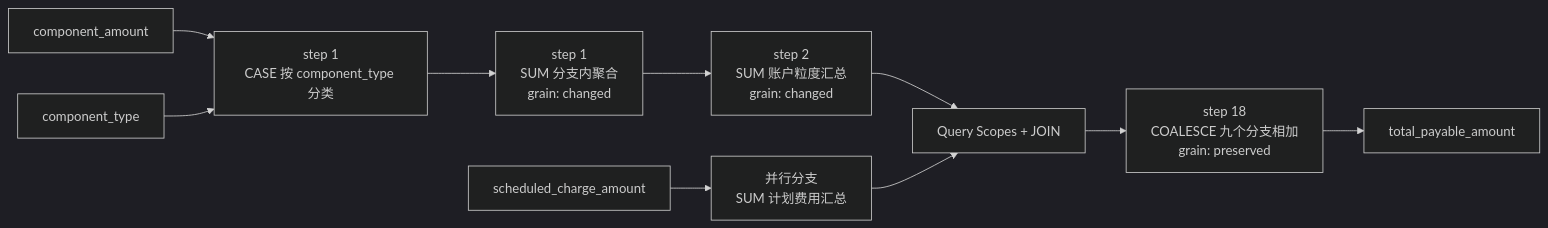
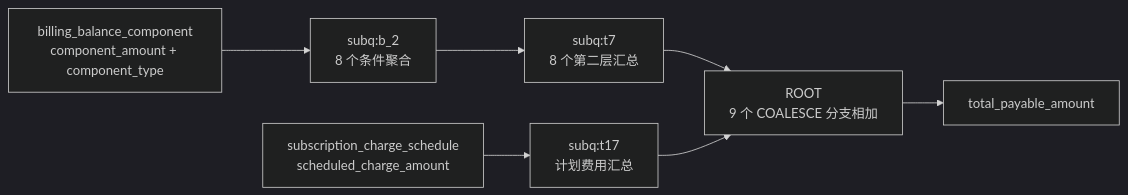
The fourth of 6 diagrams in docs/zh-CN/value-and-use-cases.md (realyin/scope-lineage), drawn with Mermaid (dark theme) before and after one commit. The commit also changed other lines of this file, not shown here.

````diff
--- a/docs/zh-CN/value-and-use-cases.md
+++ b/docs/zh-CN/value-and-use-cases.md
@@ -227,14 +260,9 @@
 ```mermaid
 flowchart LR
-    A["component_amount"] --> C["step 1<br/>CASE 按 component_type 分类"]
-    B["component_type"] --> C
-    C --> D["step 1<br/>SUM 分支内聚合<br/>grain: changed"]
-    D --> E["step 2<br/>SUM 账户粒度汇总<br/>grain: changed"]
-
-    F["scheduled_charge_amount"] --> G["并行分支<br/>SUM 计划费用汇总"]
-
-    E --> H["Query Scopes + JOIN"]
-    G --> H
-    H --> I["step 18<br/>COALESCE 九个分支相加<br/>grain: preserved"]
-    I --> J["total_payable_amount"]
+    A["billing_balance_component<br/>component_amount + component_type"] --> B["subq:b_2<br/>8 个条件聚合"]
+    B --> C["subq:t7<br/>8 个第二层汇总"]
+    D["subscription_charge_schedule<br/>scheduled_charge_amount"] --> E["subq:t17<br/>计划费用汇总"]
+    C --> R["ROOT<br/>9 个 COALESCE 分支相加"]
+    E --> R
+    R --> T["total_payable_amount"]
 ```
````
